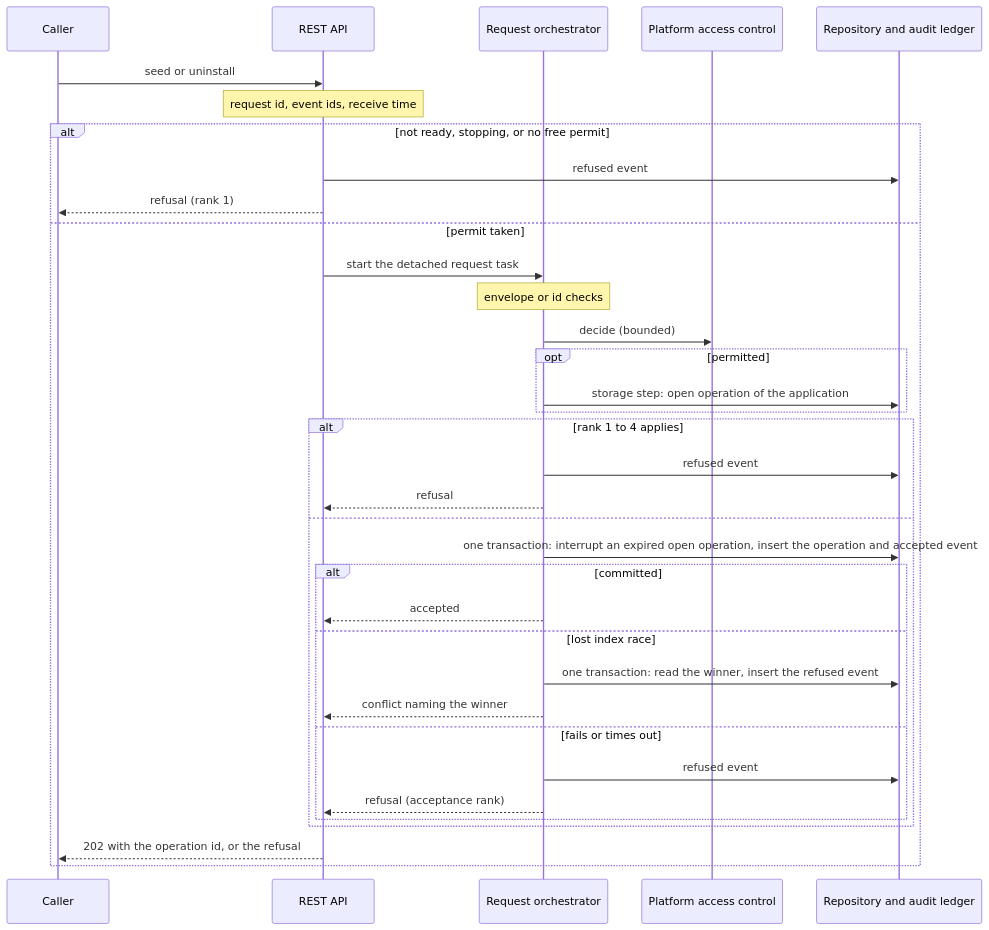
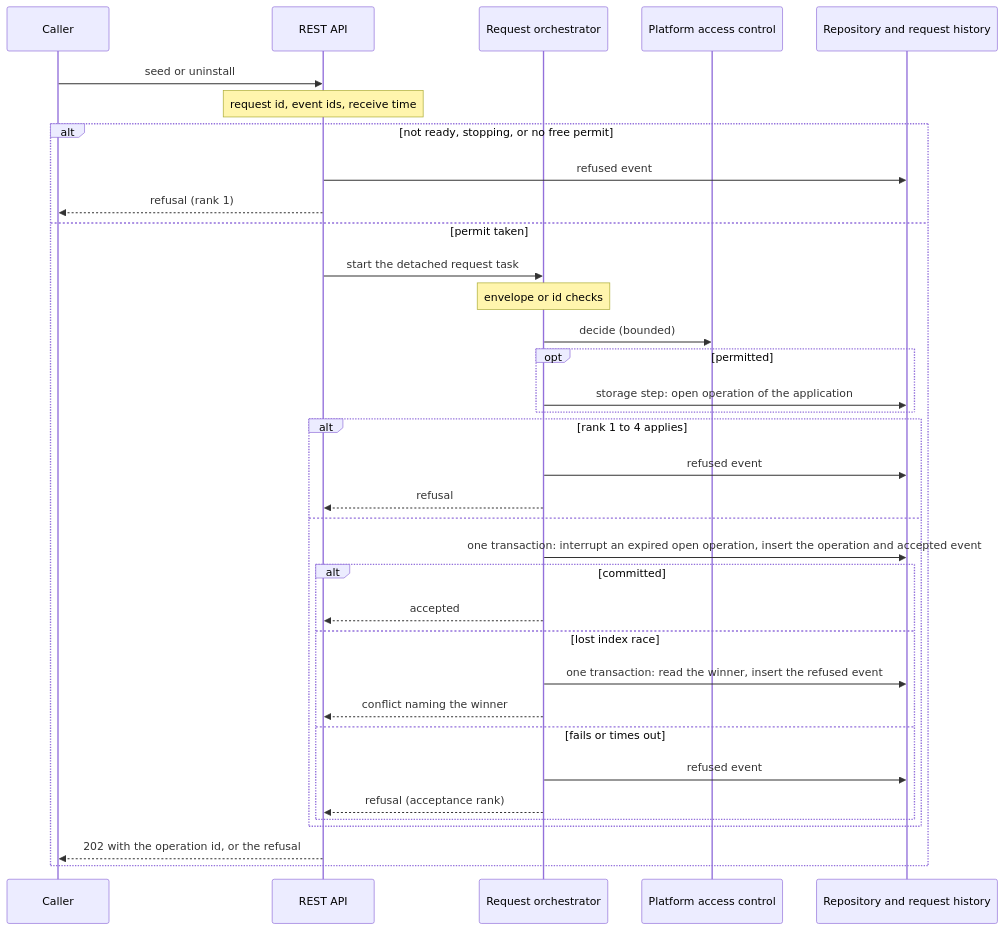
The fourth of 6 diagrams in gears/system/application-manager/docs/DESIGN.md (constructorfabric/gears-rust), drawn with Mermaid before and after one commit. The commit also changed other lines of this file and 4 other files, not shown here.

Commit message:
Rename audit ledger to request history

````diff
--- a/gears/system/application-manager/docs/DESIGN.md
+++ b/gears/system/application-manager/docs/DESIGN.md
@@ -572,37 +572,37 @@
 ```mermaid
 sequenceDiagram
     participant C as Caller
     participant API as REST API
     participant O as Request orchestrator
     participant PDP as Platform access control
-    participant R as Repository and audit ledger
+    participant R as Repository and request history
     C ->> API: seed or uninstall
     Note over API: request id, event ids, receive time
     alt not ready, stopping, or no free permit
         API ->> R: refused event
         API -->> C: refusal (rank 1)
     else permit taken
         API ->> O: start the detached request task
         Note over O: envelope or id checks
         O ->> PDP: decide (bounded)
         opt permitted
             O ->> R: storage step: open operation of the application
         end
         alt rank 1 to 4 applies
             O ->> R: refused event
             O -->> API: refusal
         else
             O ->> R: one transaction: interrupt an expired open operation, insert the operation and accepted event
             alt committed
                 O -->> API: accepted
             else lost index race
                 O ->> R: one transaction: read the winner, insert the refused event
                 O -->> API: conflict naming the winner
             else fails or times out
                 O ->> R: refused event
                 O -->> API: refusal (acceptance rank)
             end
         end
         API -->> C: 202 with the operation id, or the refusal
     end
 ```
````
